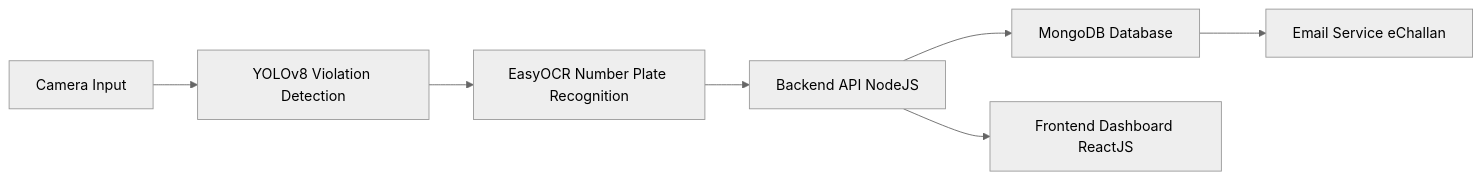
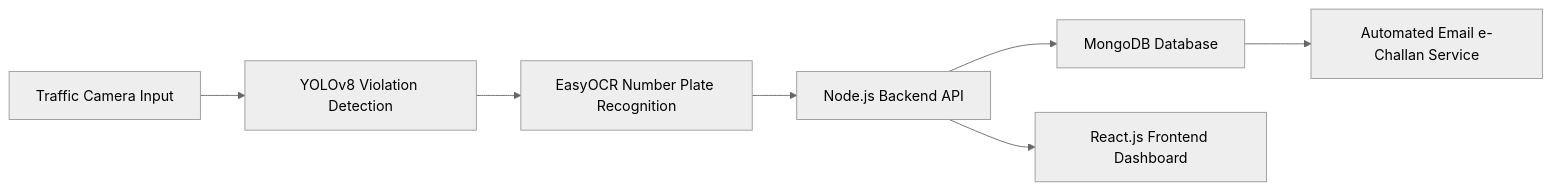
The diagram in README.md (priyanshunayak05/Mini-Project--AI-Driven-Traffic-Violation-Detection-System), drawn with Mermaid (neutral theme) before and after one commit. The commit also changed other lines of this file, not shown here.

````diff
--- a/README.md
+++ b/README.md
@@ -51,9 +58,9 @@
 ```mermaid
 graph LR
-    A[Camera Input] --> B[YOLOv8 Violation Detection]
+    A[Traffic Camera Input] --> B[YOLOv8 Violation Detection]
     B --> C[EasyOCR Number Plate Recognition]
-    C --> D[Backend API NodeJS]
+    C --> D[Node.js Backend API]
     D --> E[MongoDB Database]
-    D --> F[Frontend Dashboard ReactJS]
-    E --> G[Email Service eChallan]
+    D --> F[React.js Frontend Dashboard]
+    E --> G[Automated Email e-Challan Service]
 ```
````
